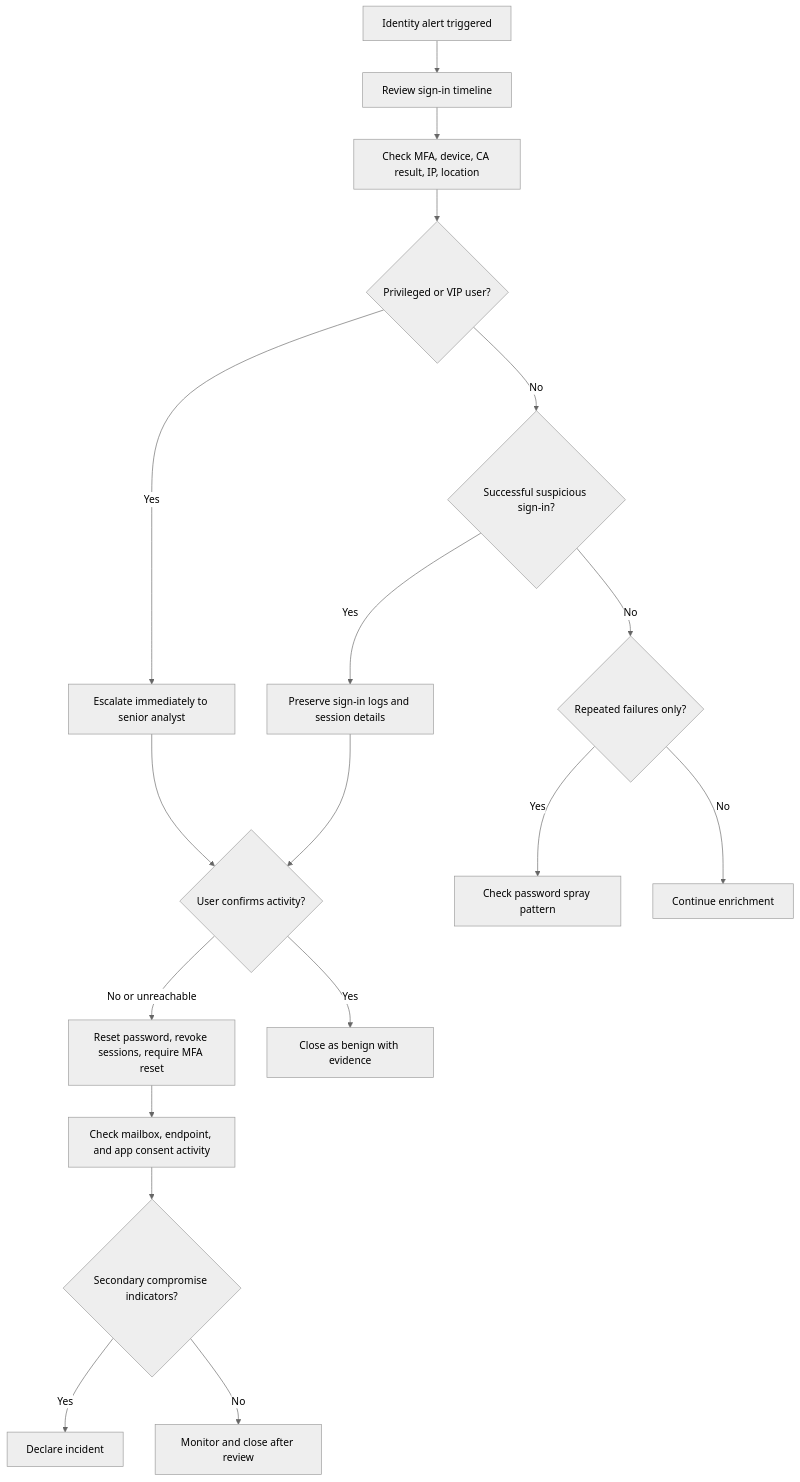
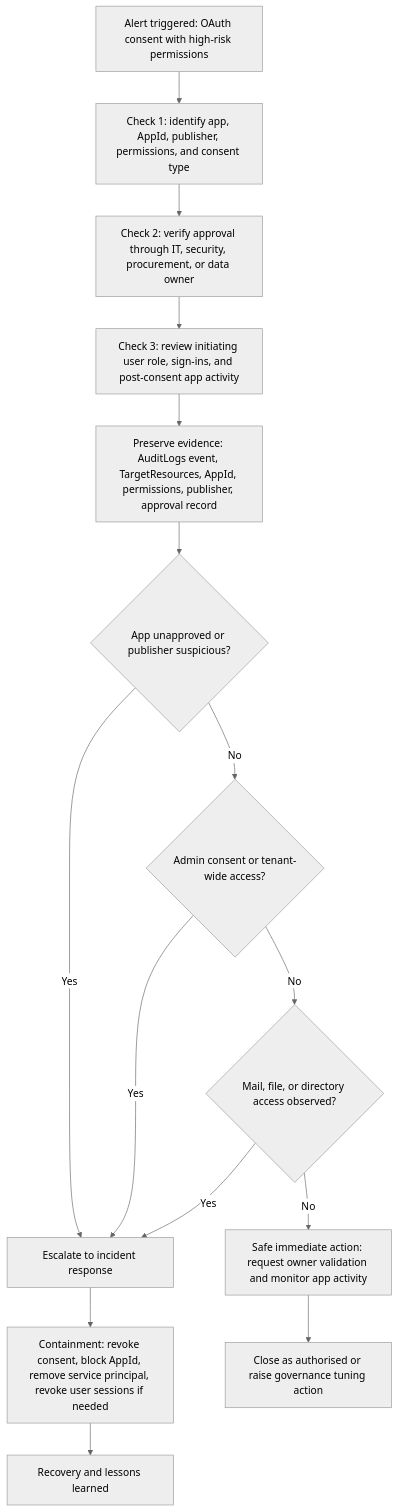
One commit to sharRahul/soc-usecases-and-playbooks changed the second of 5 diagrams in docs/playbook-flowcharts.md. Above: the diagram before and after it, drawn with Mermaid (neutral theme). The commit also changed other lines of this file, not shown here.

Commit message:
Add use-case specific SOC playbook flowcharts

````diff
--- a/docs/playbook-flowcharts.md
+++ b/docs/playbook-flowcharts.md
@@ -33,20 +37,17 @@
 ```mermaid
 flowchart TD
-    A[Identity alert triggered] --> B[Review sign-in timeline]
-    B --> C[Check MFA, device, CA result, IP, location]
-    C --> D{Privileged or VIP user?}
-    D -- Yes --> E[Escalate immediately to senior analyst]
-    D -- No --> F{Successful suspicious sign-in?}
-    F -- Yes --> G[Preserve sign-in logs and session details]
-    F -- No --> H{Repeated failures only?}
-    H -- Yes --> I[Check password spray pattern]
-    H -- No --> J[Continue enrichment]
-    E --> K{User confirms activity?}
-    G --> K
-    K -- No or unreachable --> L[Reset password, revoke sessions, require MFA reset]
-    K -- Yes --> M[Close as benign with evidence]
-    L --> N[Check mailbox, endpoint, and app consent activity]
-    N --> O{Secondary compromise indicators?}
-    O -- Yes --> P[Declare incident]
-    O -- No --> Q[Monitor and close after review]
+    A[Alert triggered: OAuth consent with high-risk permissions] --> B[Check 1: identify app, AppId, publisher, permissions, and consent type]
+    B --> C[Check 2: verify approval through IT, security, procurement, or data owner]
+    C --> D[Check 3: review initiating user role, sign-ins, and post-consent app activity]
+    D --> E[Preserve evidence: AuditLogs event, TargetResources, AppId, permissions, publisher, approval record]
+    E --> F{App unapproved or publisher suspicious?}
+    F -- Yes --> G[Escalate to incident response]
+    F -- No --> H{Admin consent or tenant-wide access?}
+    H -- Yes --> G
+    H -- No --> I{Mail, file, or directory access observed?}
+    I -- Yes --> G
+    I -- No --> J[Safe immediate action: request owner validation and monitor app activity]
+    G --> K[Containment: revoke consent, block AppId, remove service principal, revoke user sessions if needed]
+    J --> L[Close as authorised or raise governance tuning action]
+    K --> M[Recovery and lessons learned]
 ```
````
